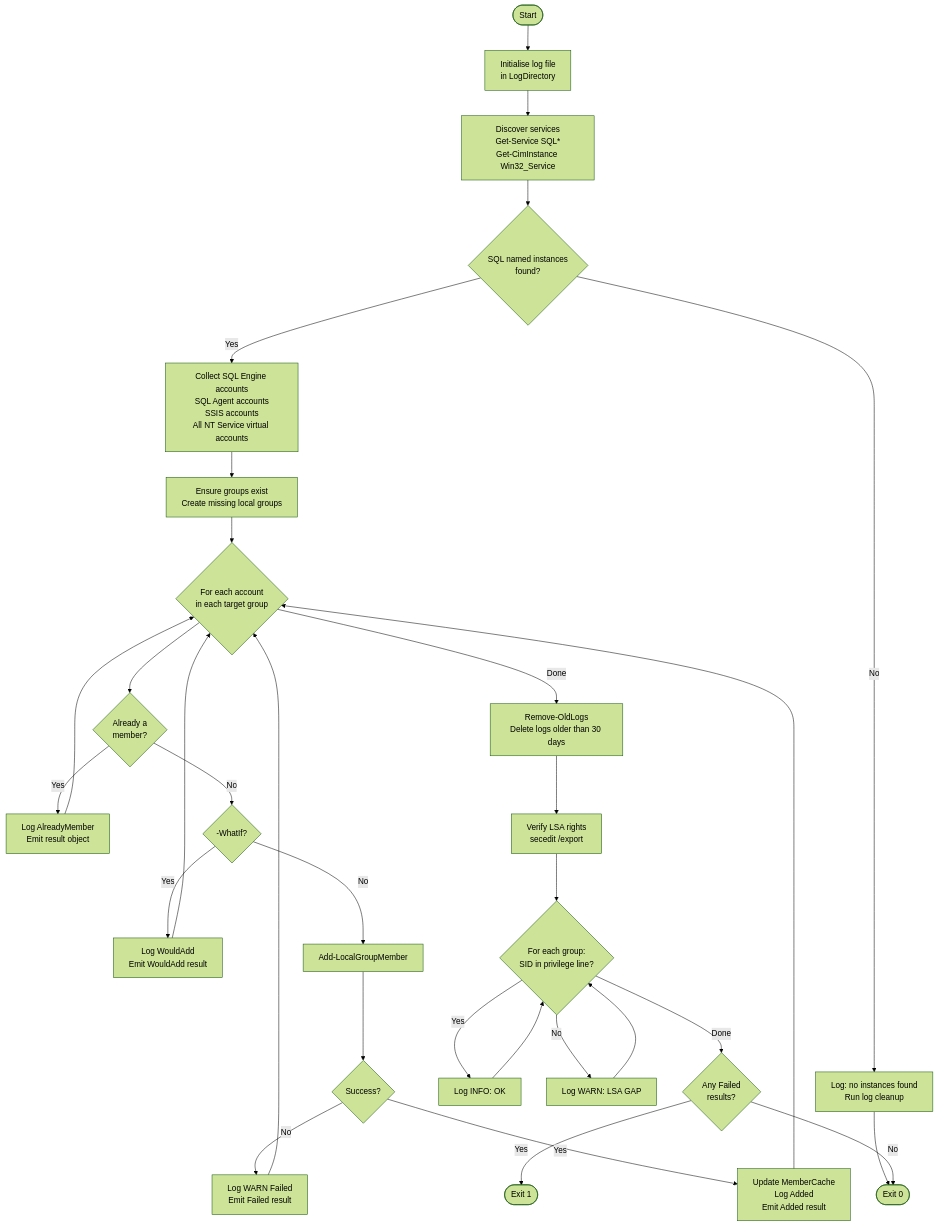
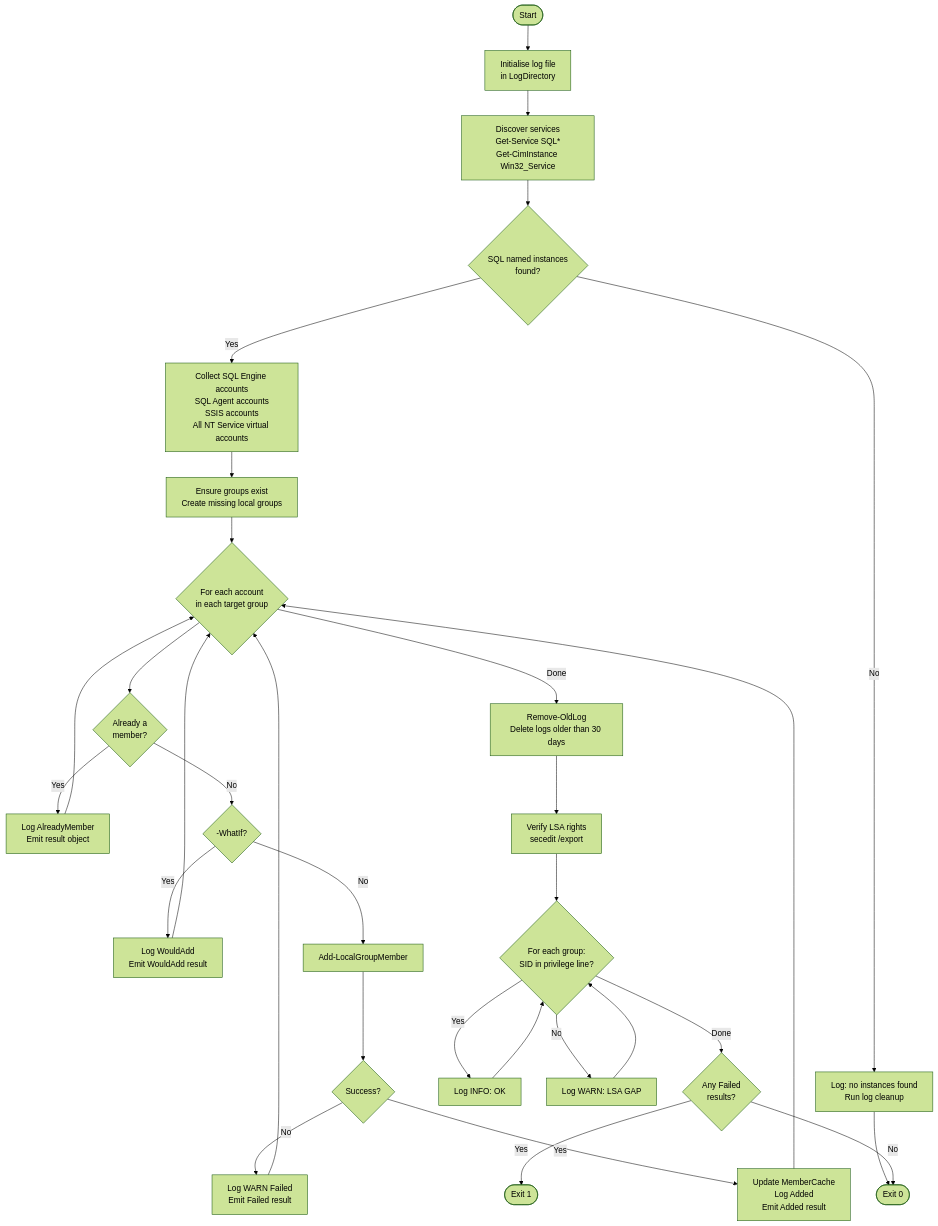
One commit to mstam13/PublicScripts changed the diagram in Add-Named-Instances/Add-Named-Instances.md. Above: the diagram before and after it, drawn with Mermaid (forest theme). The commit also changed other lines of this file and 13 other files, not shown here.

````diff
--- a/Add-Named-Instances/Add-Named-Instances.md
+++ b/Add-Named-Instances/Add-Named-Instances.md
@@ -135,33 +159,33 @@
 ```mermaid
 flowchart TD
     A([Start]) --> B[Initialise log file\n in LogDirectory]
     B --> C[Discover services\nGet-Service SQL*\nGet-CimInstance Win32_Service]
     C --> D{SQL named instances\nfound?}
     D -- No --> E[Log: no instances found\nRun log cleanup]
     E --> Z([Exit 0])
     D -- Yes --> F[Collect SQL Engine accounts\nSQL Agent accounts\nSSIS accounts\nAll NT Service virtual accounts]
     F --> G[Ensure groups exist\nCreate missing local groups]
     G --> H{For each account\nin each target group}
     H --> I{Already a\nmember?}
     I -- Yes --> J[Log AlreadyMember\nEmit result object]
     I -- No --> K{-WhatIf?}
     K -- Yes --> L[Log WouldAdd\nEmit WouldAdd result]
     K -- No --> M[Add-LocalGroupMember]
     M --> N{Success?}
     N -- Yes --> O[Update MemberCache\nLog Added\nEmit Added result]
     N -- No --> P[Log WARN Failed\nEmit Failed result]
     J --> H
     L --> H
     O --> H
     P --> H
-    H -- Done --> Q[Remove-OldLogs\nDelete logs older than 30 days]
+    H -- Done --> Q[Remove-OldLog\nDelete logs older than 30 days]
     Q --> R[Verify LSA rights\nsecedit /export]
     R --> S{For each group:\nSID in privilege line?}
     S -- Yes --> T[Log INFO: OK]
     S -- No --> U[Log WARN: LSA GAP]
     T --> S
     U --> S
     S -- Done --> V{Any Failed\nresults?}
     V -- Yes --> W([Exit 1])
     V -- No --> Z
 ```
````
